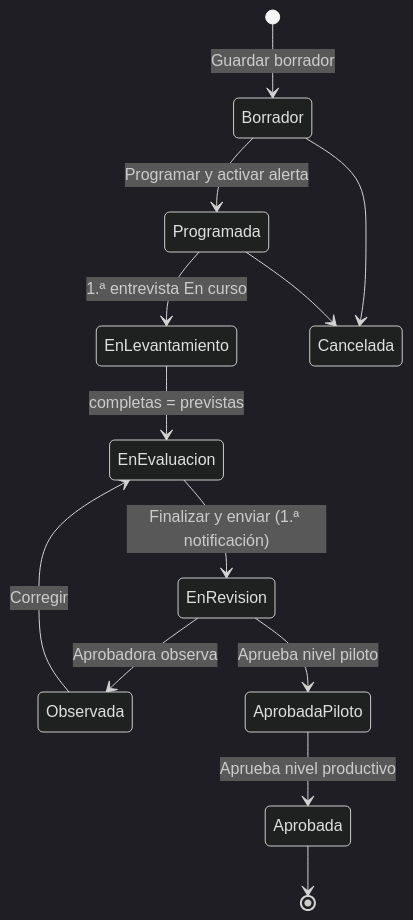
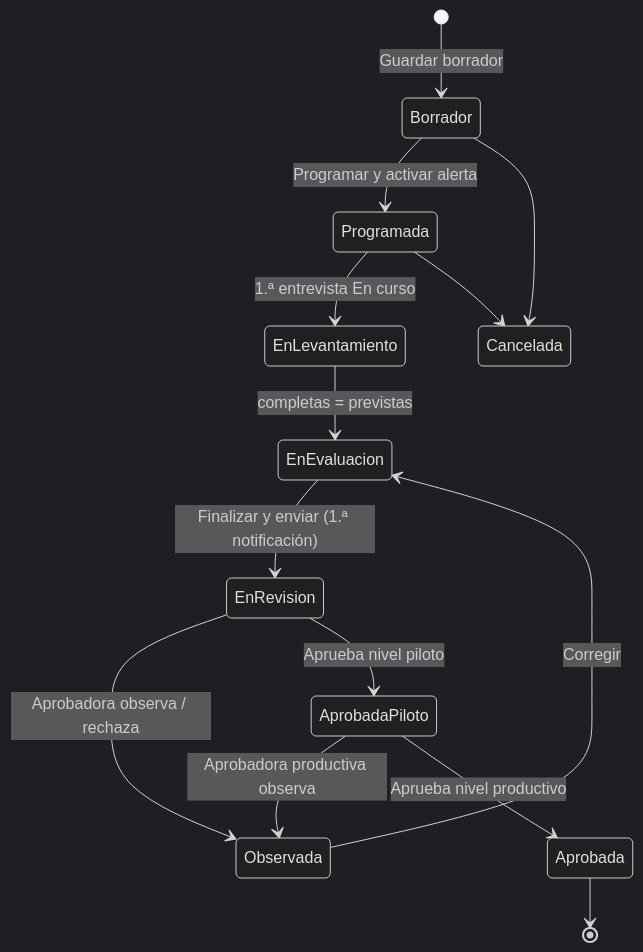
The second of 3 diagrams in docs/diseno-verificacion-uso.md (Biomont-Soluciones-Agiles/verificaciones-uso), drawn with Mermaid (dark theme) before and after one commit. The commit also changed other lines of this file and 119 other files, not shown here.

````diff
--- a/docs/diseno-verificacion-uso.md
+++ b/docs/diseno-verificacion-uso.md
@@ -298,15 +269,16 @@
 ```mermaid
 stateDiagram-v2
     [*] --> Borrador : Guardar borrador
     Borrador --> Programada : Programar y activar alerta
     Programada --> EnLevantamiento : 1.ª entrevista En curso
     EnLevantamiento --> EnEvaluacion : completas = previstas
     EnEvaluacion --> EnRevision : Finalizar y enviar (1.ª notificación)
-    EnRevision --> Observada : Aprobadora observa
+    EnRevision --> Observada : Aprobadora observa / rechaza
+    AprobadaPiloto --> Observada : Aprobadora productiva observa
     Observada --> EnEvaluacion : Corregir
     EnRevision --> AprobadaPiloto : Aprueba nivel piloto
     AprobadaPiloto --> Aprobada : Aprueba nivel productivo
     Borrador --> Cancelada
     Programada --> Cancelada
     Aprobada --> [*]
 ```
````
